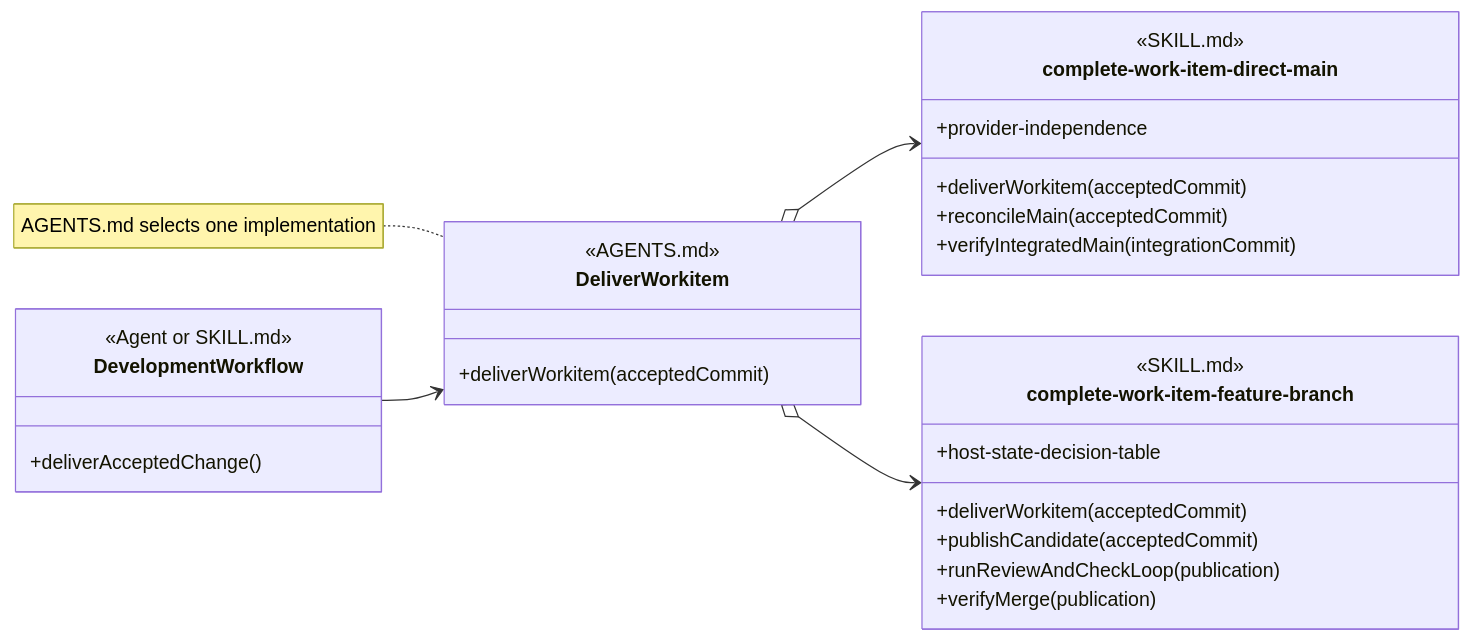
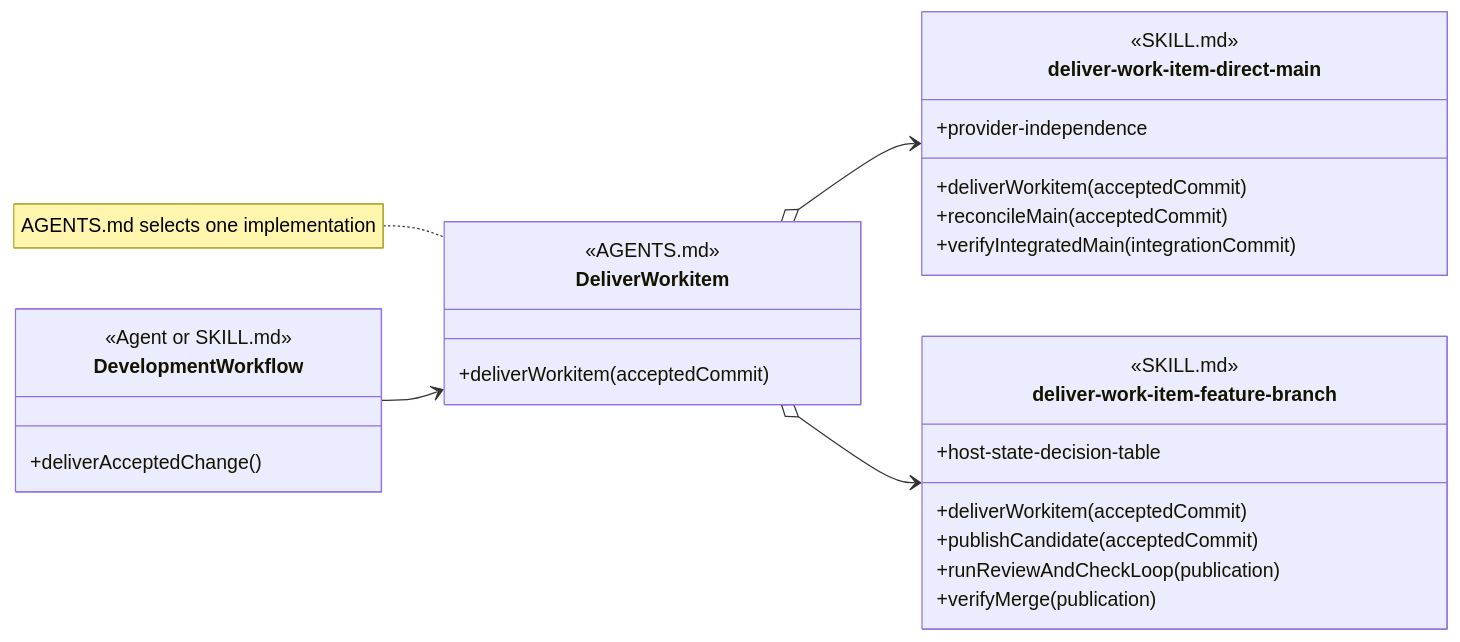
One commit to martinbechard/dev-methodology changed diagram 14 of 16 in design/object-oriented-agent-and-skill-model.md. Above: the diagram before and after it, drawn with Mermaid. The commit also changed other lines of this file and 10 other files, not shown here.

````diff
--- a/design/object-oriented-agent-and-skill-model.md
+++ b/design/object-oriented-agent-and-skill-model.md
@@ -632,39 +632,39 @@
 ```mermaid
 classDiagram
     direction LR
 
     class DevelopmentWorkflow {
         <<Agent or SKILL.md>>
         +deliverAcceptedChange()
     }
 
     class DeliverWorkitem {
         <<AGENTS.md>>
         +deliverWorkitem(acceptedCommit)
     }
 
-    class complete-work-item-direct-main {
+    class deliver-work-item-direct-main {
         <<SKILL.md>>
         <<Injectable Skill>>
         +deliverWorkitem(acceptedCommit)
         +reconcileMain(acceptedCommit)
         +verifyIntegratedMain(integrationCommit)
         +provider-independence
     }
 
-    class complete-work-item-feature-branch {
+    class deliver-work-item-feature-branch {
         <<SKILL.md>>
         <<Injectable Skill>>
         +deliverWorkitem(acceptedCommit)
         +publishCandidate(acceptedCommit)
         +runReviewAndCheckLoop(publication)
         +verifyMerge(publication)
         +host-state-decision-table
     }
 
     DevelopmentWorkflow --> DeliverWorkitem
-    DeliverWorkitem o--> complete-work-item-direct-main
-    DeliverWorkitem o--> complete-work-item-feature-branch
+    DeliverWorkitem o--> deliver-work-item-direct-main
+    DeliverWorkitem o--> deliver-work-item-feature-branch
 
     note for DeliverWorkitem "AGENTS.md selects one implementation"
 ```
````
